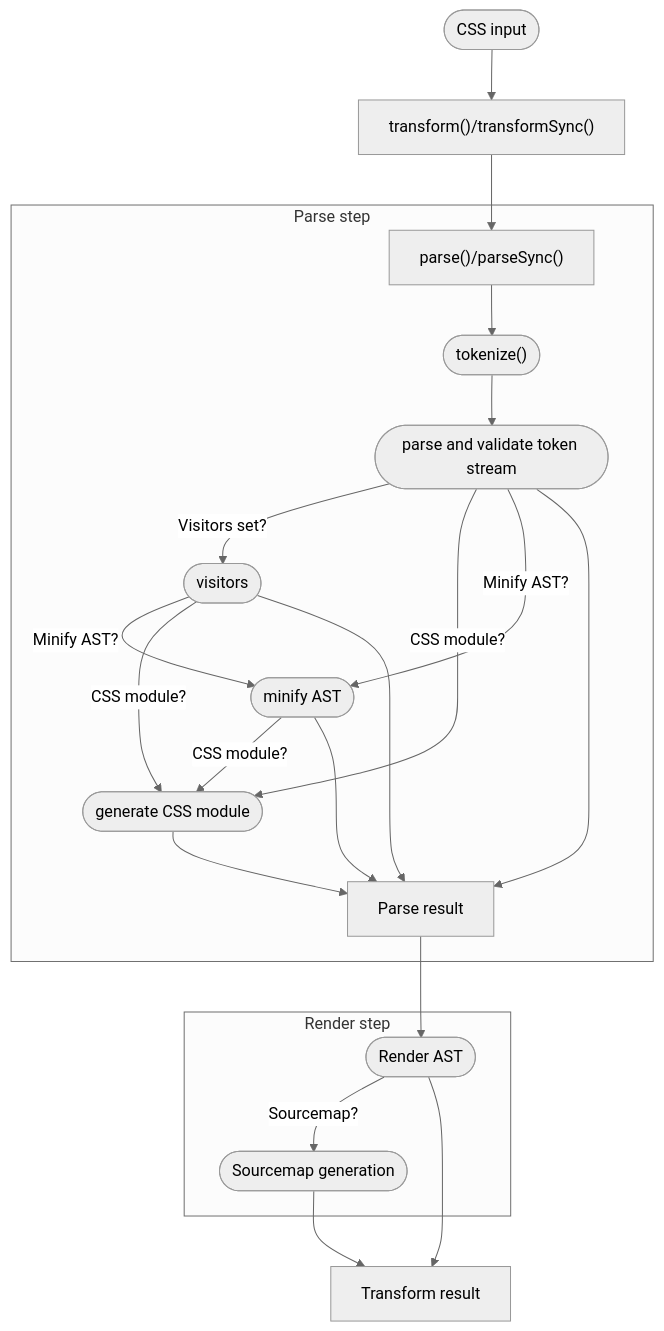
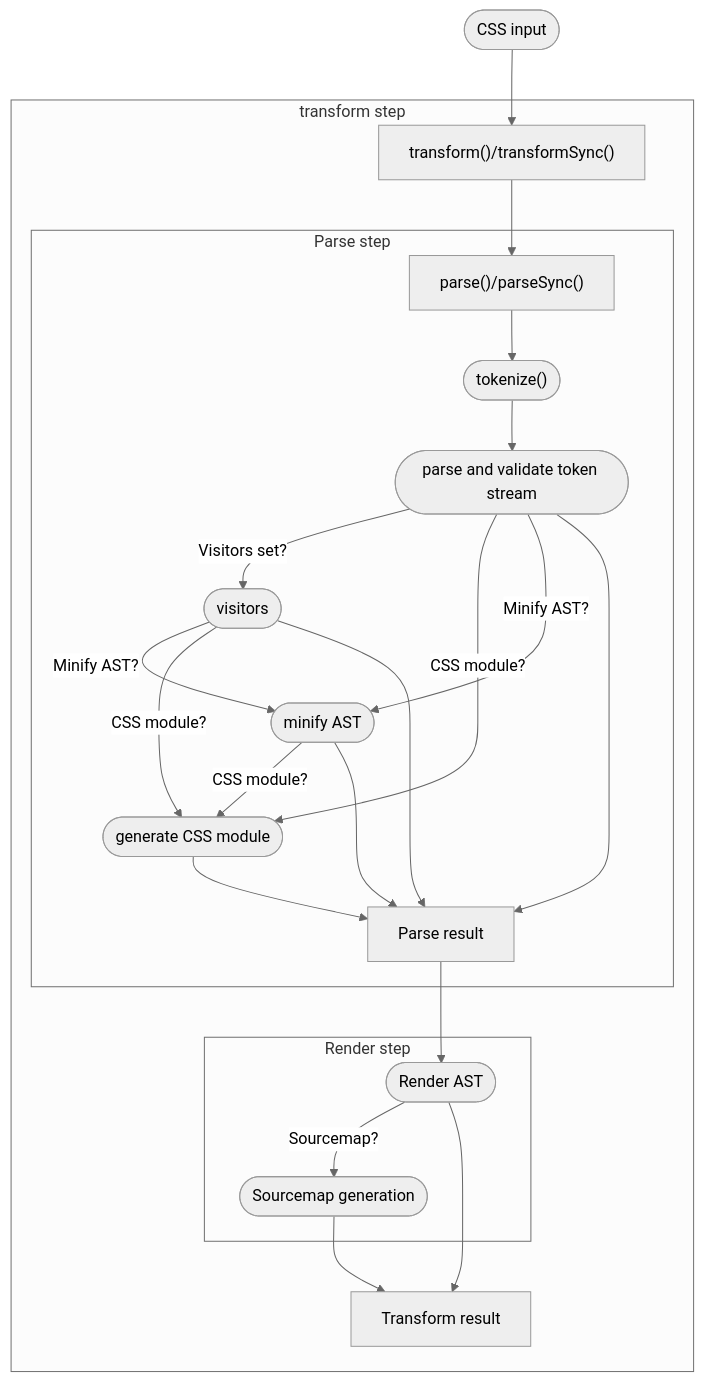
The diagram in files/architecture.md (tbela99/css-parser), drawn with Mermaid (neutral theme) before and after one commit. The commit also changed 1 other file, not shown here.

Commit message:
adding architecture graph

````diff
--- a/files/architecture.md
+++ b/files/architecture.md
@@ -9,54 +9,58 @@
 ```mermaid
 flowchart TD
     %% --- Transform ---
     Input(["CSS input"])
-    transform["transform()/transformSync()"]
 
 
     %% The Grouped Container
-    subgraph Group1 ["Parse step"]
+    subgraph Group10["transform step"]
 
-        %% --- Parse step ---
-        parse["parse()/parseSync()"]
-        tokenize(["tokenize()"])
-        parseNode(["parse and validate token stream"])
-        visitors(["visitors"])
-        minify(["minify AST"])
-        cssModules(["generate CSS module"])
-        parseResult["Parse result"]
-    end
-
-    %% The Grouped Container
-    subgraph Group2 ["Render step"]
-
-        %% --- Render step ---
-        renderAst(["Render AST"])
-        sourcemap([Sourcemap generation])
-
-    end
+        transform["transform()/transformSync()"]
 
 
-    %% --- Result step ---
-    transformResult["Transform result"]
+        %% The Grouped Container
+        subgraph Group1 ["Parse step"]
+
+            %% --- Parse step ---
+            parse["parse()/parseSync()"]
+            tokenize(["tokenize()"])
+            parseNode(["parse and validate token stream"])
+            visitors(["visitors"])
+            minify(["minify AST"])
+            cssModules(["generate CSS module"])
+            parseResult["Parse result"]
+        end
+
+        %% The Grouped Container
+        subgraph Group2 ["Render step"]
+
+            %% --- Render step ---
+            renderAst(["Render AST"])
+            sourcemap([Sourcemap generation])
+
+        end
+
+        %% --- Result step ---
+        transformResult["Transform result"]
+    end 
 
     %% --- Routing step ---
     Input --> transform
     transform --> parse
     parse --> tokenize
     tokenize --> parseNode
     parseNode -- "Visitors set?"  --> visitors
     visitors -- "Minify AST?"  --> minify
     minify -- "CSS module?"  --> cssModules
     visitors -- "CSS module?"  --> cssModules
     cssModules --> parseResult
     parseNode -- "CSS module?" --> cssModules
     parseNode -- "Minify AST?"  --> minify
     parseNode --> parseResult
     visitors --> parseResult
     minify --> parseResult
     parseResult --> renderAst
     renderAst -- "Sourcemap?" --> sourcemap
     renderAst --> transformResult
     sourcemap --> transformResult
-
 ```
````
